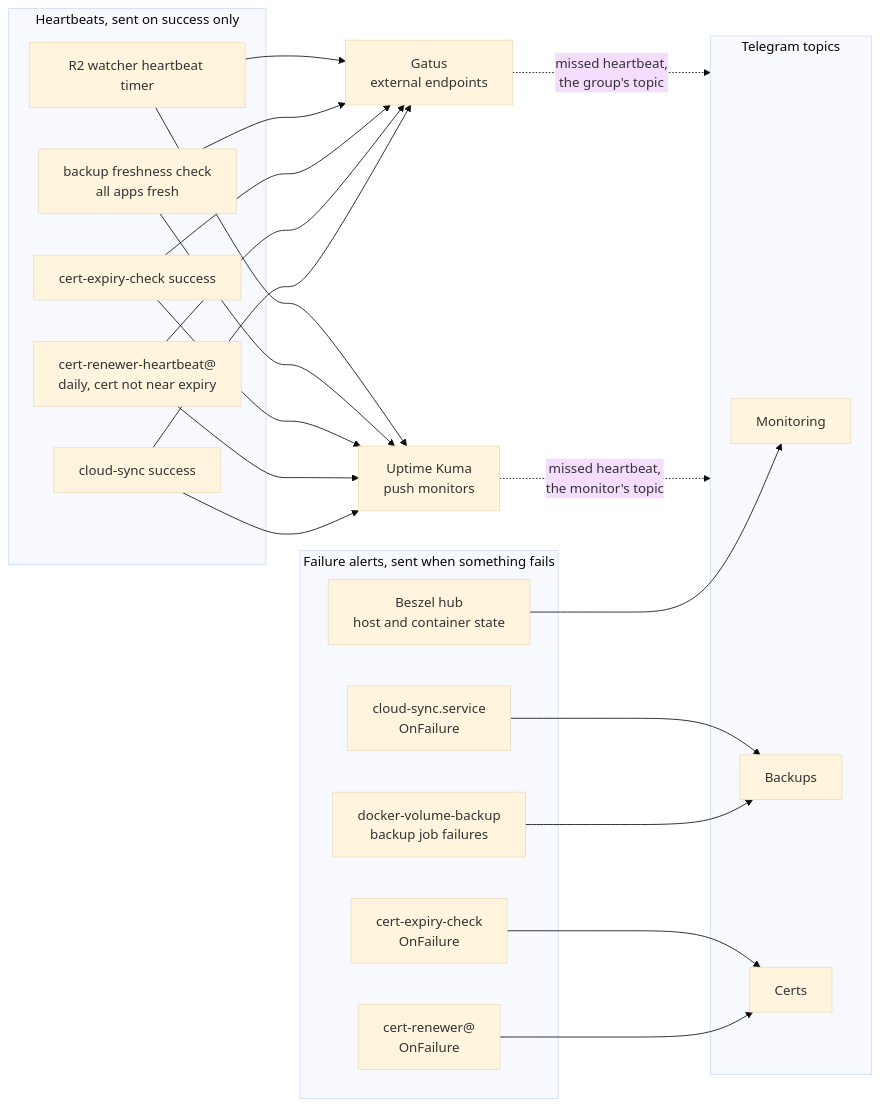
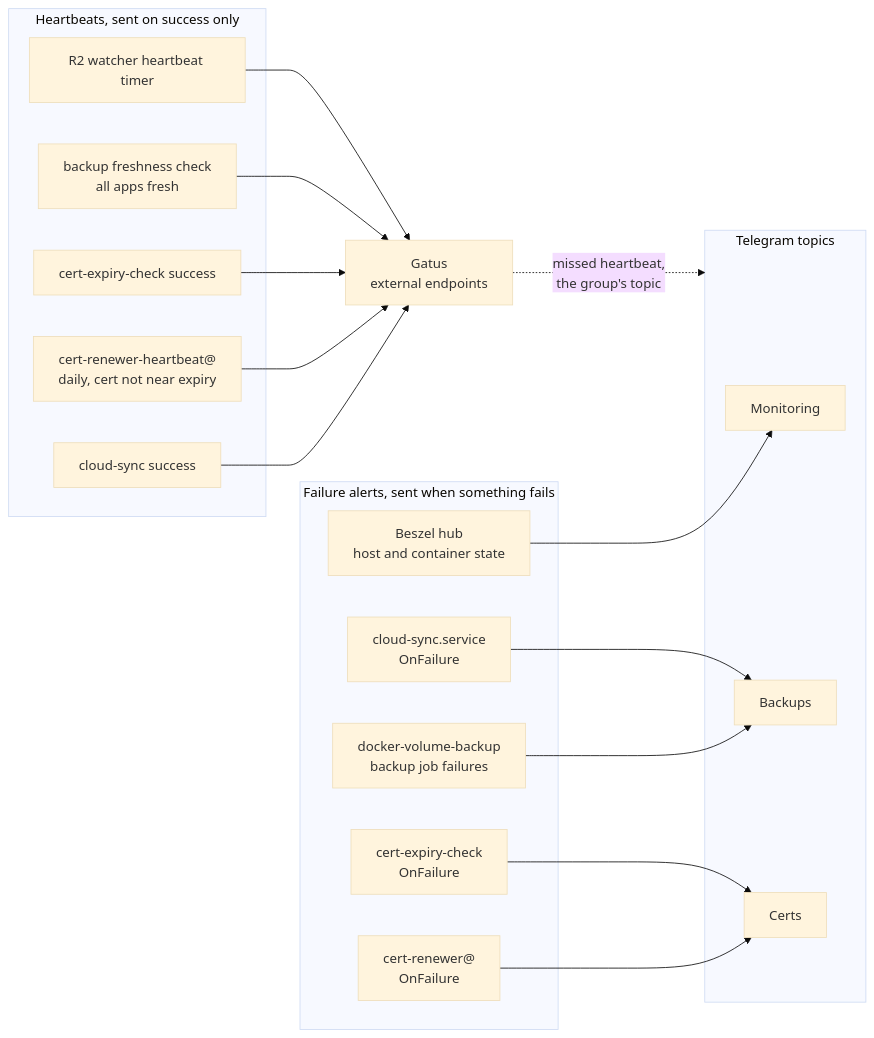
Before and after one commit to wenenhoe/homelab: the diagram in docs/architecture/alerting-and-heartbeat-flow.md, drawn with Mermaid (base theme). The commit also changed other lines of this file and 22 other files, not shown here.

First line of the commit message:
docs: describe job heartbeats without Uptime Kuma

````diff
--- a/docs/architecture/alerting-and-heartbeat-flow.md
+++ b/docs/architecture/alerting-and-heartbeat-flow.md
@@ -9,42 +9,35 @@
 ```mermaid
 flowchart LR
     subgraph sources["Failure alerts, sent when something fails"]
         beszel["Beszel hub<br/>host and container state"]
         dvb["docker-volume-backup<br/>backup job failures"]
         sync["cloud-sync.service<br/>OnFailure"]
         renew["cert-renewer@<br/>OnFailure"]
         expiry["cert-expiry-check<br/>OnFailure"]
     end
 
     subgraph push["Heartbeats, sent on success only"]
         psync["cloud-sync success"]
         prenew["cert-renewer-heartbeat@<br/>daily, cert not near expiry"]
         pexpiry["cert-expiry-check success"]
         pfresh["backup freshness check<br/>all apps fresh"]
         pwatch["R2 watcher heartbeat timer"]
     end
 
-    kuma["Uptime Kuma<br/>push monitors"]
     gatus["Gatus<br/>external endpoints"]
 
     subgraph topics["Telegram topics"]
         monitoring["Monitoring"]
         backups["Backups"]
         certs["Certs"]
     end
 
     beszel --> monitoring
     dvb --> backups
     sync --> backups
     renew --> certs
     expiry --> certs
 
-    psync --> kuma
-    prenew --> kuma
-    pexpiry --> kuma
-    pfresh --> kuma
-    pwatch --> kuma
     psync & prenew & pexpiry & pfresh & pwatch --> gatus
-    kuma -. "missed heartbeat,<br/>the monitor's topic" .-> topics
     gatus -. "missed heartbeat,<br/>the group's topic" .-> topics
 ```
````
